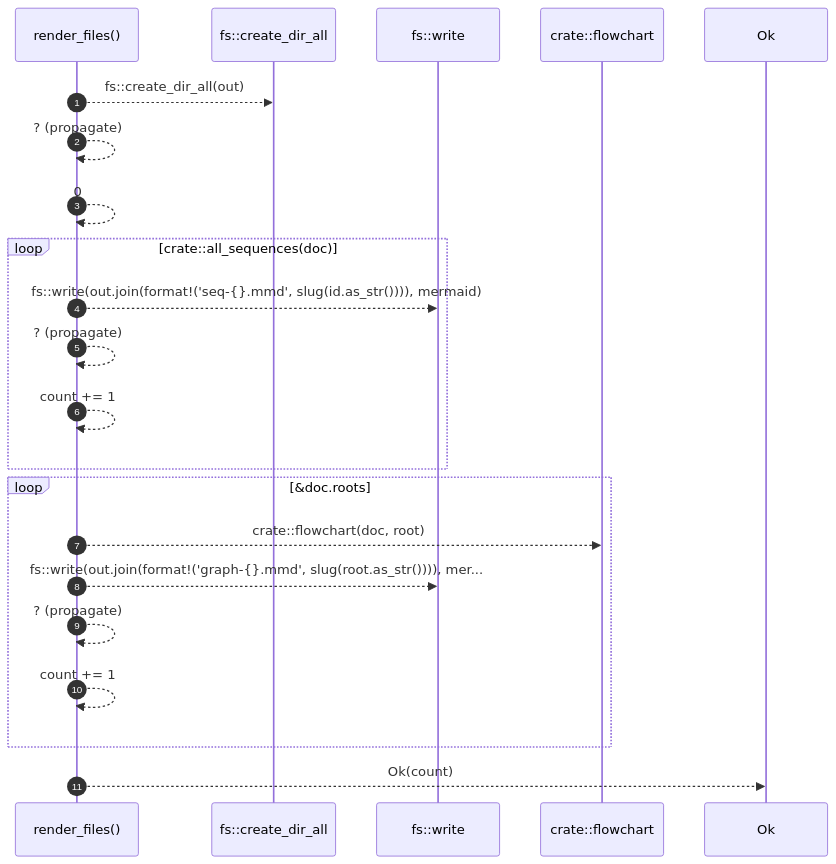
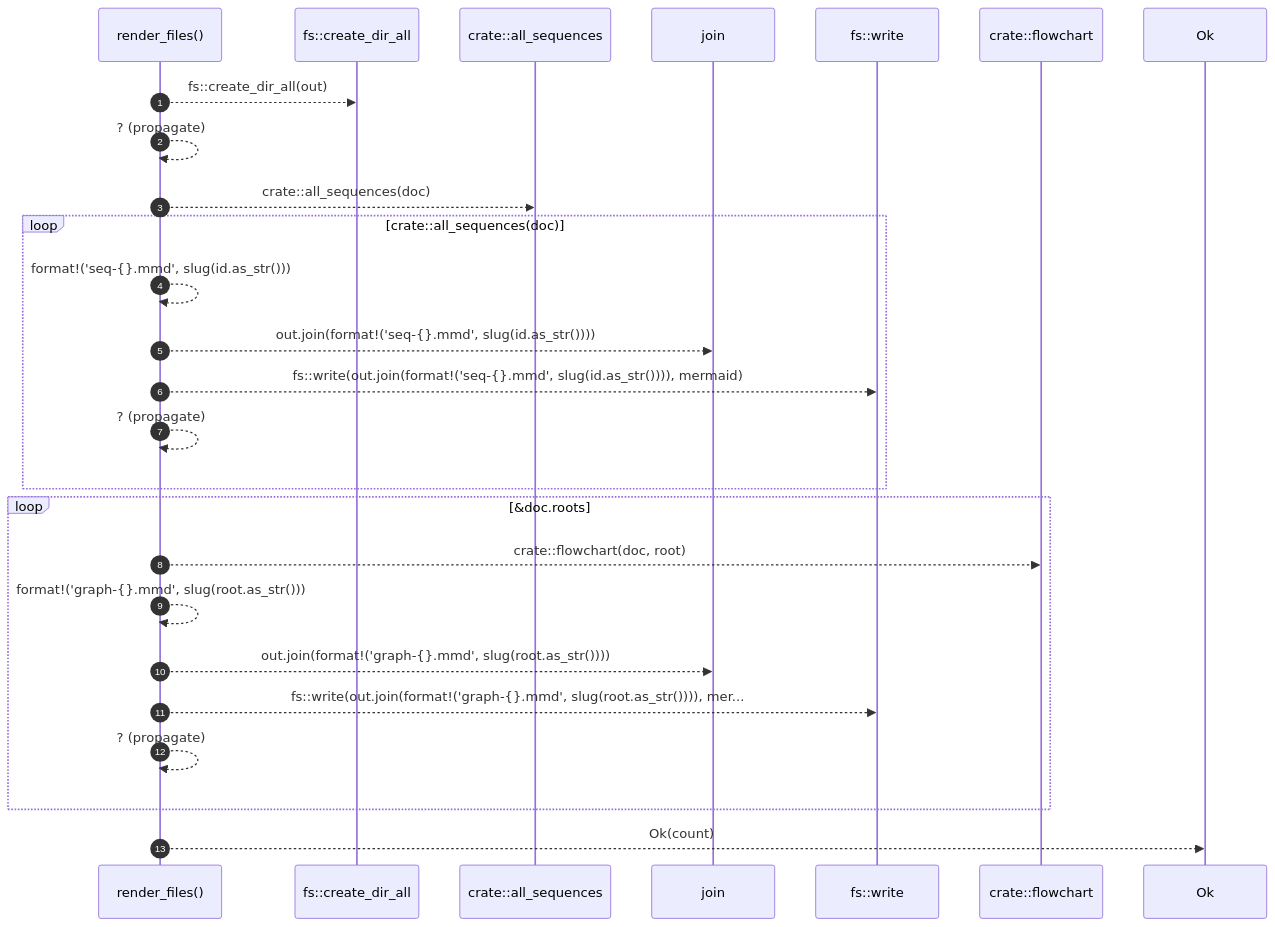
Before and after one commit to RyanGuild/self-describing-code: the diagram in docs/self-model/robby_render/pipeline/render-files.md, drawn with Mermaid. The commit also changed other lines of this file and 1404 other files, not shown here.

````diff
--- a/docs/self-model/robby_render/pipeline/render-files.md
+++ b/docs/self-model/robby_render/pipeline/render-files.md
@@ -34,24 +34,28 @@
 ```mermaid
 sequenceDiagram
     autonumber
     participant render_files as render_files()
     participant fs__create_dir_all as fs::create_dir_all
+    participant crate__all_sequences as crate::all_sequences
+    participant join as join
     participant fs__write as fs::write
     participant crate__flowchart as crate::flowchart
     participant Ok as Ok
     render_files-->>fs__create_dir_all: fs::create_dir_all(out)
     render_files-->>render_files: ? (propagate)
-    render_files-->>render_files: 0
+    render_files-->>crate__all_sequences: crate::all_sequences(doc)
     loop crate::all_sequences(doc)
+    render_files-->>render_files: format!('seq-{}.mmd', slug(id.as_str()))
+    render_files-->>join: out.join(format!('seq-{}.mmd', slug(id.as_str())))
     render_files-->>fs__write: fs::write(out.join(format!('seq-{}.mmd', slug(id.as_str()))), mermaid)
     render_files-->>render_files: ? (propagate)
-    render_files-->>render_files: count += 1
     end
     loop &doc.roots
     render_files-->>crate__flowchart: crate::flowchart(doc, root)
+    render_files-->>render_files: format!('graph-{}.mmd', slug(root.as_str()))
+    render_files-->>join: out.join(format!('graph-{}.mmd', slug(root.as_str())))
     render_files-->>fs__write: fs::write(out.join(format!('graph-{}.mmd', slug(root.as_str()))), mer...
     render_files-->>render_files: ? (propagate)
-    render_files-->>render_files: count += 1
     end
     render_files-->>Ok: Ok(count)
 ```
````
